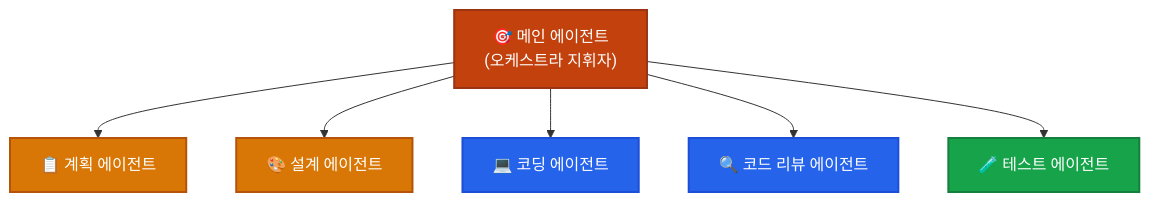
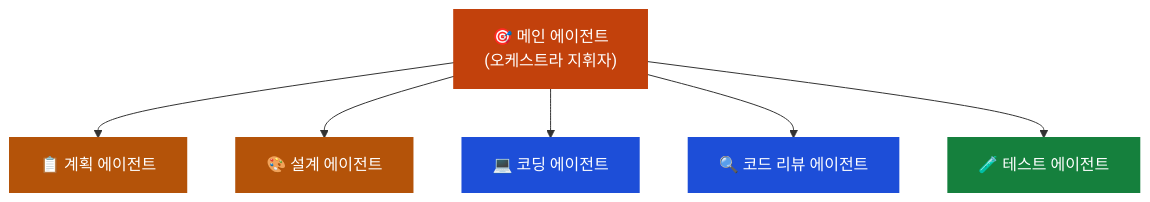
Before and after one commit to udawon/udawon-how-to-claude: the first of 2 diagrams in content/youtube-update/afan-claude-code-masterguide.md, drawn with Mermaid. The commit also changed other lines of this file and 23 other files, not shown here.

````diff
--- a/content/youtube-update/afan-claude-code-masterguide.md
+++ b/content/youtube-update/afan-claude-code-masterguide.md
@@ -187,14 +187,14 @@
 ```mermaid
 graph TB
     A["🎯 메인 에이전트<br/>(오케스트라 지휘자)"] --> B["📋 계획 에이전트"]
     A --> C["🎨 설계 에이전트"]
     A --> D["💻 코딩 에이전트"]
     A --> E["🔍 코드 리뷰 에이전트"]
     A --> F["🧪 테스트 에이전트"]
-    style A fill:#c2410c,color:#fff,stroke:#9a3412,stroke-width:2px
-    style B fill:#d97706,color:#fff,stroke:#b45309,stroke-width:2px
-    style C fill:#d97706,color:#fff,stroke:#b45309,stroke-width:2px
-    style D fill:#2563eb,color:#fff,stroke:#1d4ed8,stroke-width:2px
-    style E fill:#2563eb,color:#fff,stroke:#1d4ed8,stroke-width:2px
-    style F fill:#16a34a,color:#fff,stroke:#15803d,stroke-width:2px
+    style A fill:#c2410c,color:#fff,stroke:#c2410c,stroke-width:2px
+    style B fill:#b45309,color:#fff,stroke:#b45309,stroke-width:2px
+    style C fill:#b45309,color:#fff,stroke:#b45309,stroke-width:2px
+    style D fill:#1d4ed8,color:#fff,stroke:#1d4ed8,stroke-width:2px
+    style E fill:#1d4ed8,color:#fff,stroke:#1d4ed8,stroke-width:2px
+    style F fill:#15803d,color:#fff,stroke:#15803d,stroke-width:2px
 ```
````
